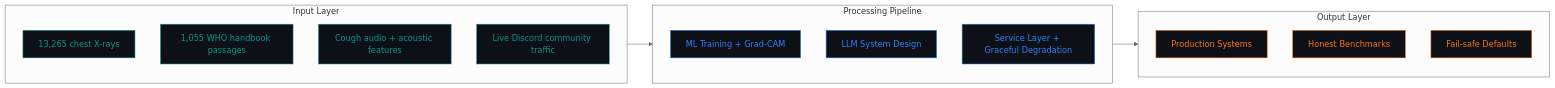
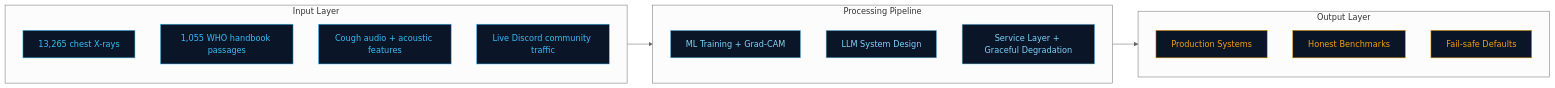
One commit to ra189zor/ra189zor changed the first of 4 diagrams in README.md. Above: the diagram before and after it, drawn with Mermaid (neutral theme). The commit also changed other lines of this file and 7 other files, not shown here.

````diff
--- a/README.md
+++ b/README.md
@@ -31,34 +26,34 @@
 ```mermaid
 flowchart LR
     subgraph INPUT [ Input Layer ]
         direction TB
         D1["13,265 chest X-rays"]
         D2["1,055 WHO handbook passages"]
         D3["Cough audio + acoustic features"]
         D4["Live Discord community traffic"]
     end
 
     subgraph CORE [ Processing Pipeline ]
         direction TB
         P1["ML Training + Grad-CAM"]
         P2["LLM System Design"]
         P3["Service Layer + Graceful Degradation"]
     end
 
     subgraph OUTPUT [ Output Layer ]
         direction TB
         O1["Production Systems"]
         O2["Honest Benchmarks"]
         O3["Fail-safe Defaults"]
     end
 
     D1 --> P1
     P3 --> O1
 
-    classDef input fill:#0D1117,stroke:#0D9488,color:#0D9488
-    classDef proc fill:#0D1117,stroke:#2F81F7,color:#2F81F7
-    classDef output fill:#0D1117,stroke:#F97316,color:#F97316
+    classDef input fill:#0A1628,stroke:#38BDF8,color:#38BDF8
+    classDef proc fill:#0A1628,stroke:#7DD3FC,color:#7DD3FC
+    classDef output fill:#0A1628,stroke:#F59E0B,color:#F59E0B
     class D1,D2,D3,D4 input
     class P1,P2,P3 proc
     class O1,O2,O3 output
 ```
````
